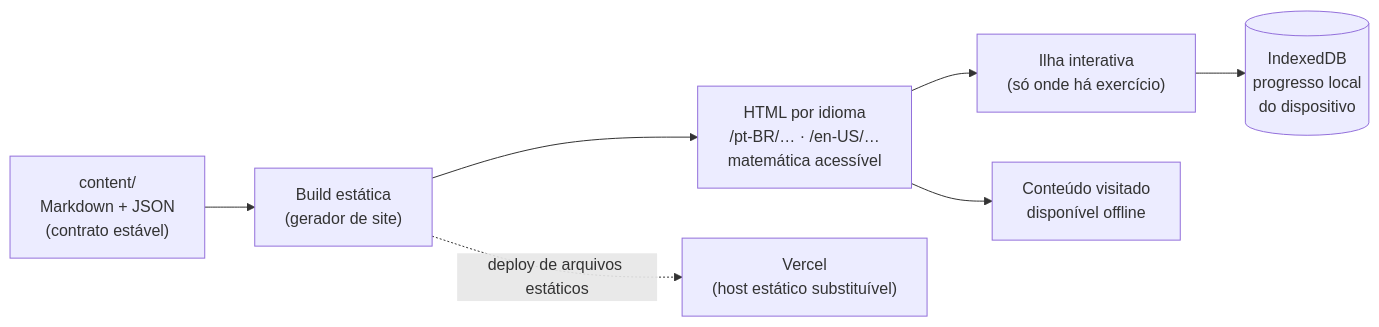
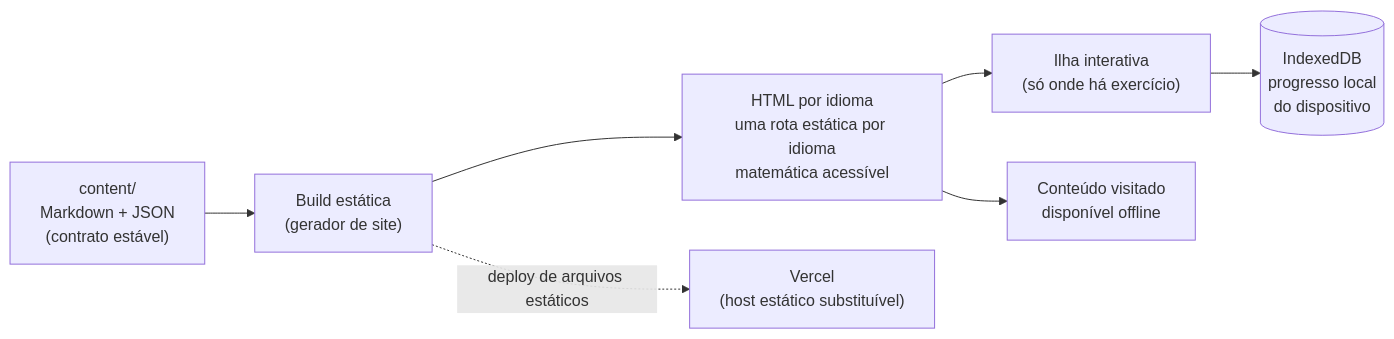
Before and after one commit to dougmotshell/mathematics-studies: the diagram in docs/adr/ADR-0003-platform-stack.md, drawn with Mermaid. The commit also changed other lines of this file and 25 other files, not shown here.

````diff
--- a/docs/adr/ADR-0003-platform-stack.md
+++ b/docs/adr/ADR-0003-platform-stack.md
@@ -83,9 +88,9 @@
 ```mermaid
 flowchart LR
     C["content/<br/>Markdown + JSON<br/>(contrato estável)"] --> B["Build estática<br/>(gerador de site)"]
-    B --> H["HTML por idioma<br/>/pt-BR/… · /en-US/…<br/>matemática acessível"]
+    B --> H["HTML por idioma<br/>uma rota estática por idioma<br/>matemática acessível"]
     H --> I["Ilha interativa<br/>(só onde há exercício)"]
     I --> D[("IndexedDB<br/>progresso local<br/>do dispositivo")]
     H --> S["Conteúdo visitado<br/>disponível offline"]
     B -.->|deploy de arquivos estáticos| V["Vercel<br/>(host estático substituível)"]
 ```
````
